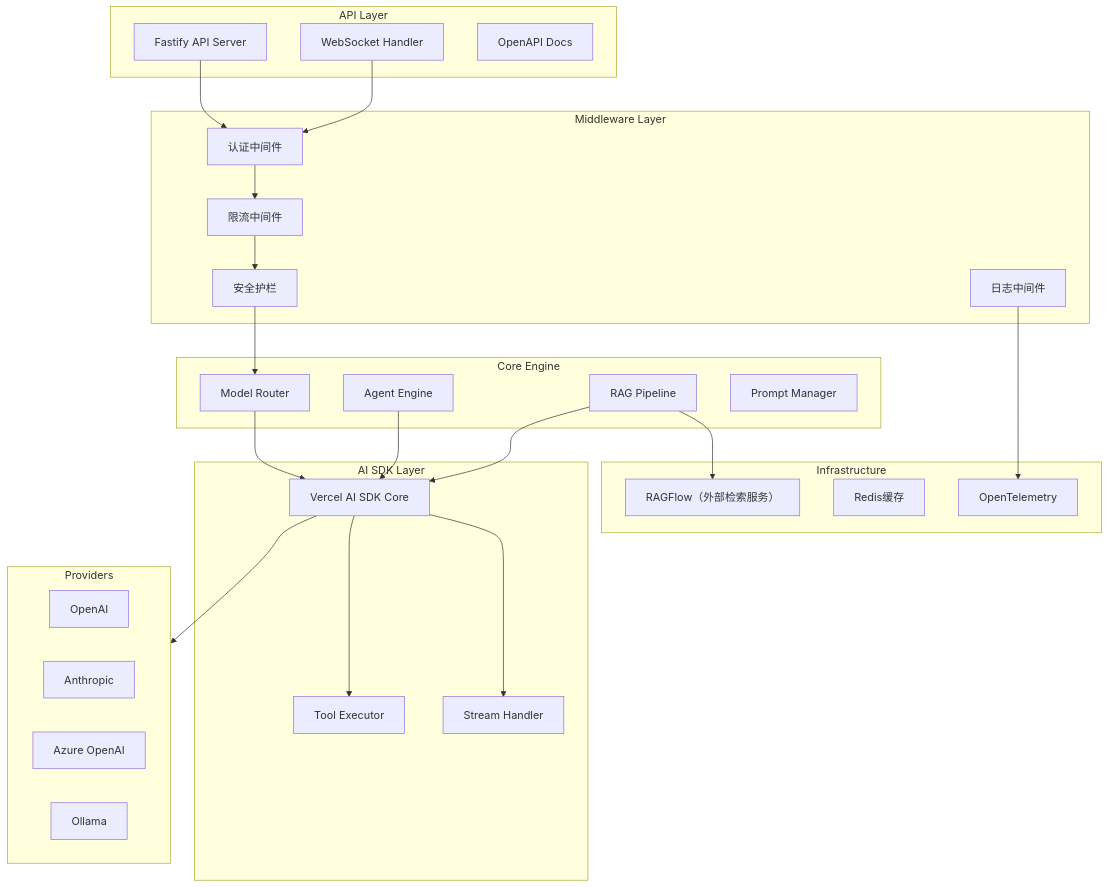
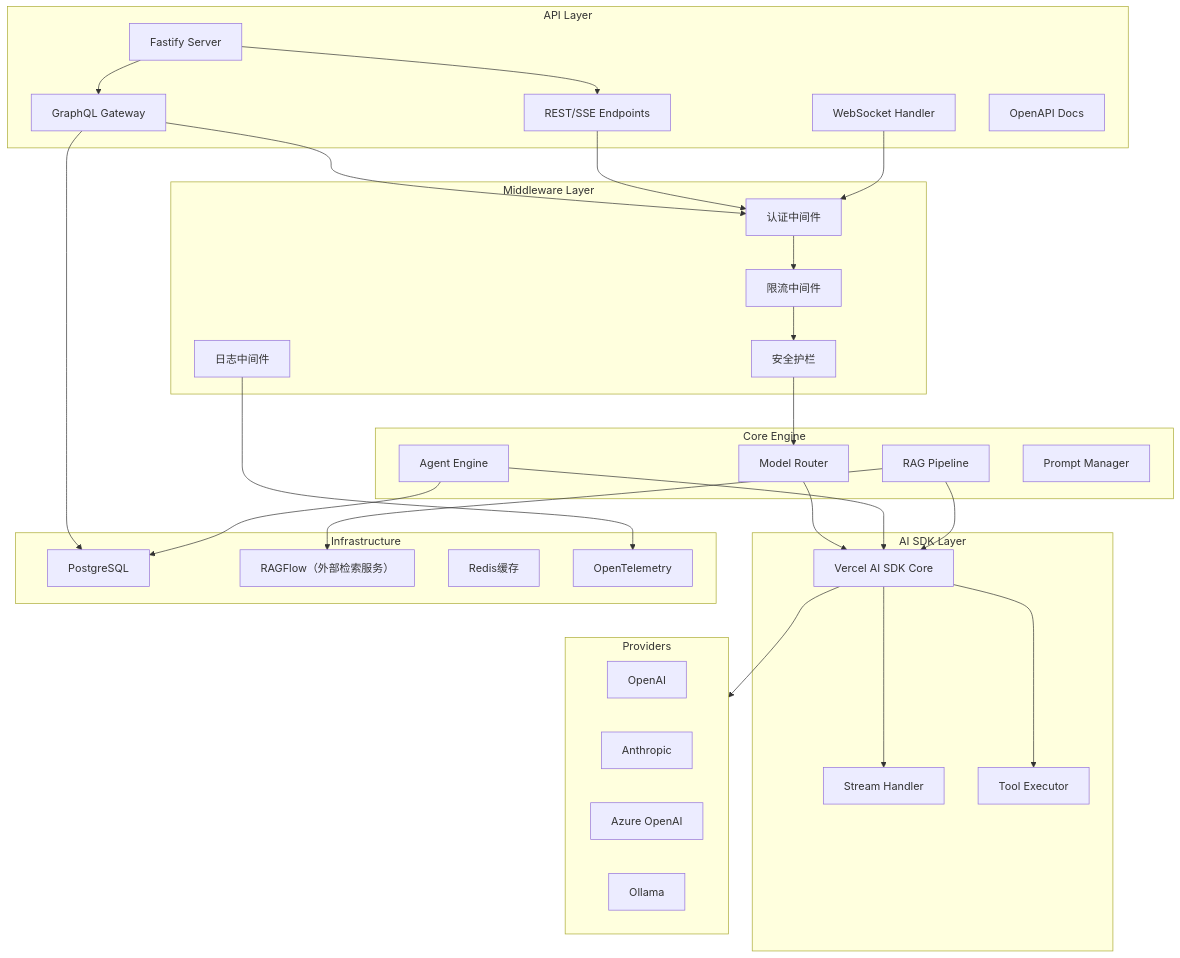
The first of 3 diagrams in kiro/specs/vertical-ai-framework/design.md (surdring/Niche), drawn with Mermaid before and after one commit. The commit also changed other lines of this file and 2 other files, not shown here.

````diff
--- a/kiro/specs/vertical-ai-framework/design.md
+++ b/kiro/specs/vertical-ai-framework/design.md
@@ -24,52 +25,60 @@
 ```mermaid
 graph TB
     subgraph "API Layer"
-        API[Fastify API Server]
+        API[Fastify Server]
+        GQL[GraphQL Gateway]
+        REST[REST/SSE Endpoints]
         WS[WebSocket Handler]
         Swagger[OpenAPI Docs]
     end
 
     subgraph "Middleware Layer"
         Auth[认证中间件]
         RateLimit[限流中间件]
         Guard[安全护栏]
         Logger[日志中间件]
     end
 
     subgraph "Core Engine"
         Router[Model Router]
         Agent[Agent Engine]
         RAG[RAG Pipeline]
         Prompt[Prompt Manager]
     end
 
     subgraph "AI SDK Layer"
         SDK[Vercel AI SDK Core]
         Stream[Stream Handler]
         Tools[Tool Executor]
     end
 
     subgraph "Infrastructure"
+        DB[PostgreSQL]
         RAGFlow[RAGFlow（外部检索服务）]
         Cache[Redis缓存]
         Telemetry[OpenTelemetry]
     end
 
     subgraph "Providers"
         OpenAI[OpenAI]
         Anthropic[Anthropic]
         Azure[Azure OpenAI]
         Ollama[Ollama]
     end
 
-    API --> Auth --> RateLimit --> Guard --> Router
+    API --> GQL
+    API --> REST
+    GQL --> Auth --> RateLimit --> Guard --> Router
+    GQL --> DB
+    REST --> Auth
     WS --> Auth
     Router --> SDK
     Agent --> SDK
     RAG --> RAGFlow
     RAG --> SDK
+    Agent --> DB
     SDK --> Stream
     SDK --> Tools
     SDK --> Providers
     Logger --> Telemetry
 ```
````
